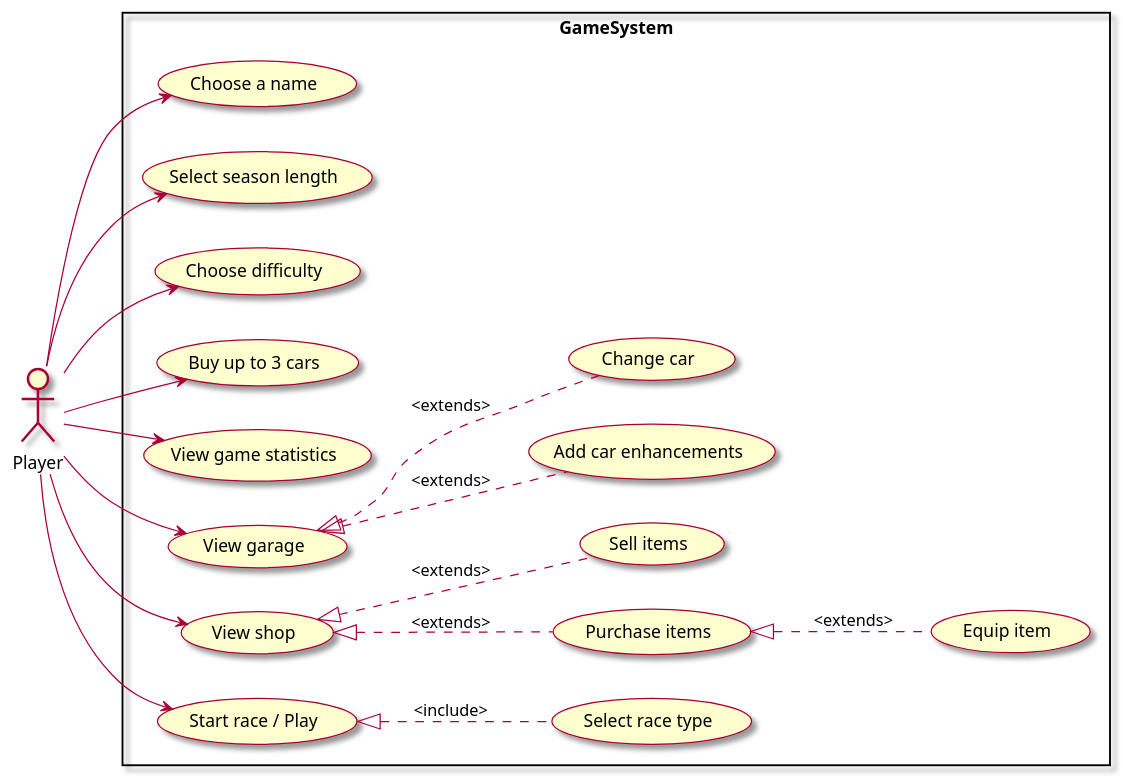
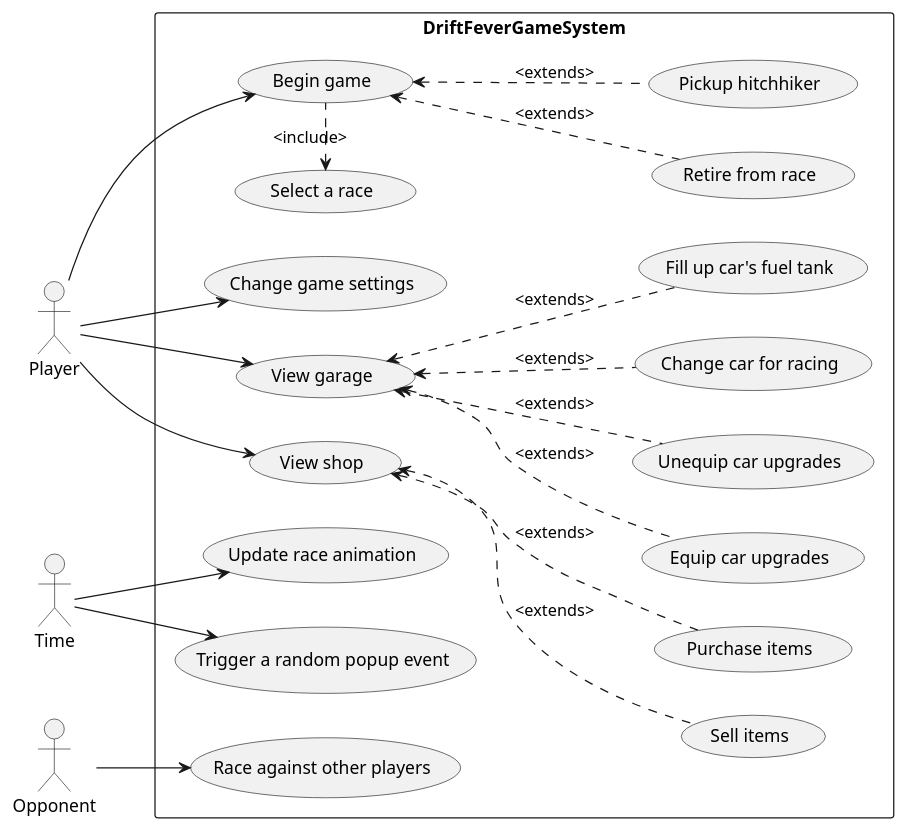
Before and after one commit to riz3ndrr/seng201-project-driftfever: the diagram in uml-diagrams/use-case.puml, drawn with PlantUML. The commit also changed 3 other files, not shown here.

Commit message:
Revised PUML diagrams

```diff
--- a/uml-diagrams/use-case.puml
+++ b/uml-diagrams/use-case.puml
@@ -1,35 +1,45 @@
 @startuml
 'Alt + D to preview
 
-skin rose
+
 left to right direction
 
 :Player: as Player
 
-rectangle GameSystem {
+:Time: as Time
+:Opponent: as Opp
+rectangle DriftFeverGameSystem {
 
-Player --> (Choose a name)
-Player --> (Select season length)
-Player --> (Choose difficulty)
-Player --> (Buy up to 3 cars)
-Player --> (View game statistics)
+Player --> (Change game settings)
+
 
 Player --> (View garage)  
-(View garage) <|.. (Add car enhancements) : <extends>
-(View garage) <|.. (Change car) : <extends>
+(View garage) <.. (Equip car upgrades) : <extends>
+(View garage) <.. (Unequip car upgrades) : <extends>
+(View garage) <.. (Change car for racing) : <extends>
+(View garage) <.. (Fill up car's fuel tank) : <extends>
 
 Player --> (View shop)
-(View shop) <|.. (Purchase items) : <extends>
-(View shop) <|.. (Sell items) : <extends>
-(Purchase items) <|.. (Equip item) : <extends>
+(View shop) <.. (Sell items) : <extends>
+(View shop) <.. (Purchase items) : <extends>
 
-Player --> (Start race / Play)
-(Start race / Play) <|.. (Select race type) : <include>
+
+
+Player --> (Begin game)
+(Begin game) .-left.> (Select a race) : <include>
+(Begin game) <.. (Retire from race) : <extends>
+(Begin game) <.. (Pickup hitchhiker) : <extends>
+
+
+Time --> (Update race animation)
+Time --> (Trigger a random popup event)
+
+Opp --> (Race against other players)
 
 }
 
 
 
 
 
 @enduml
```
